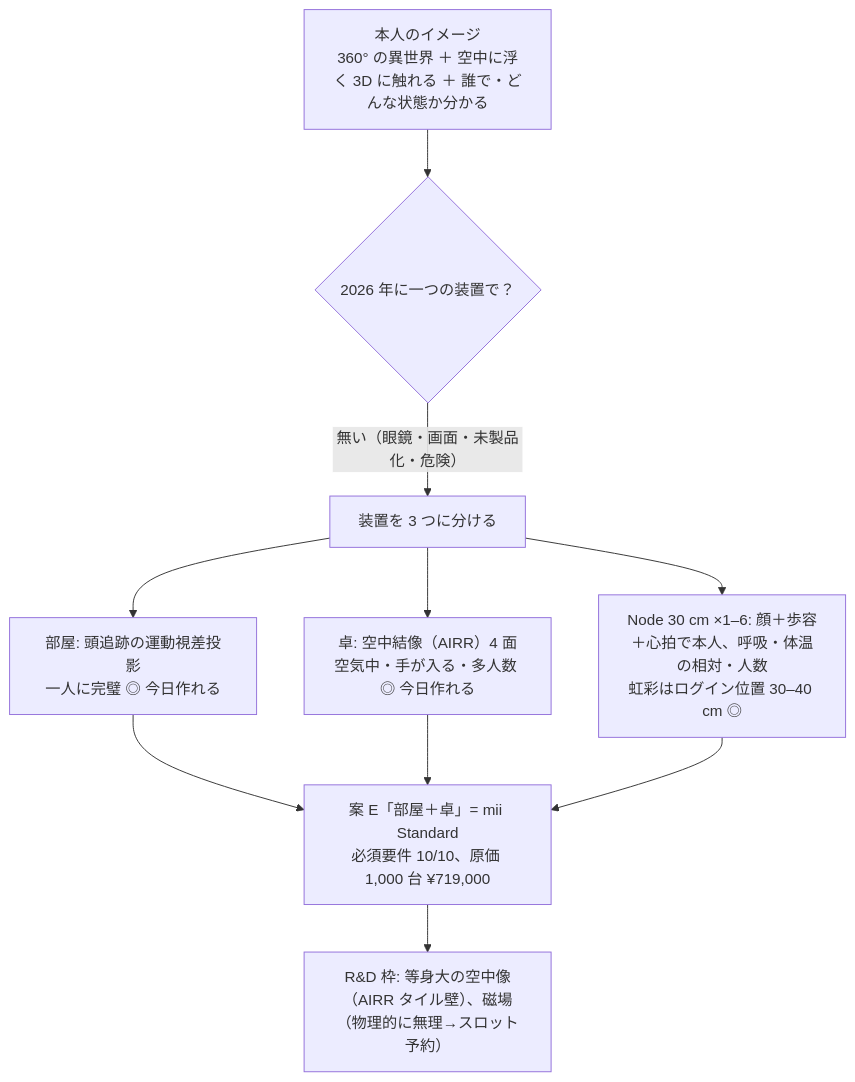
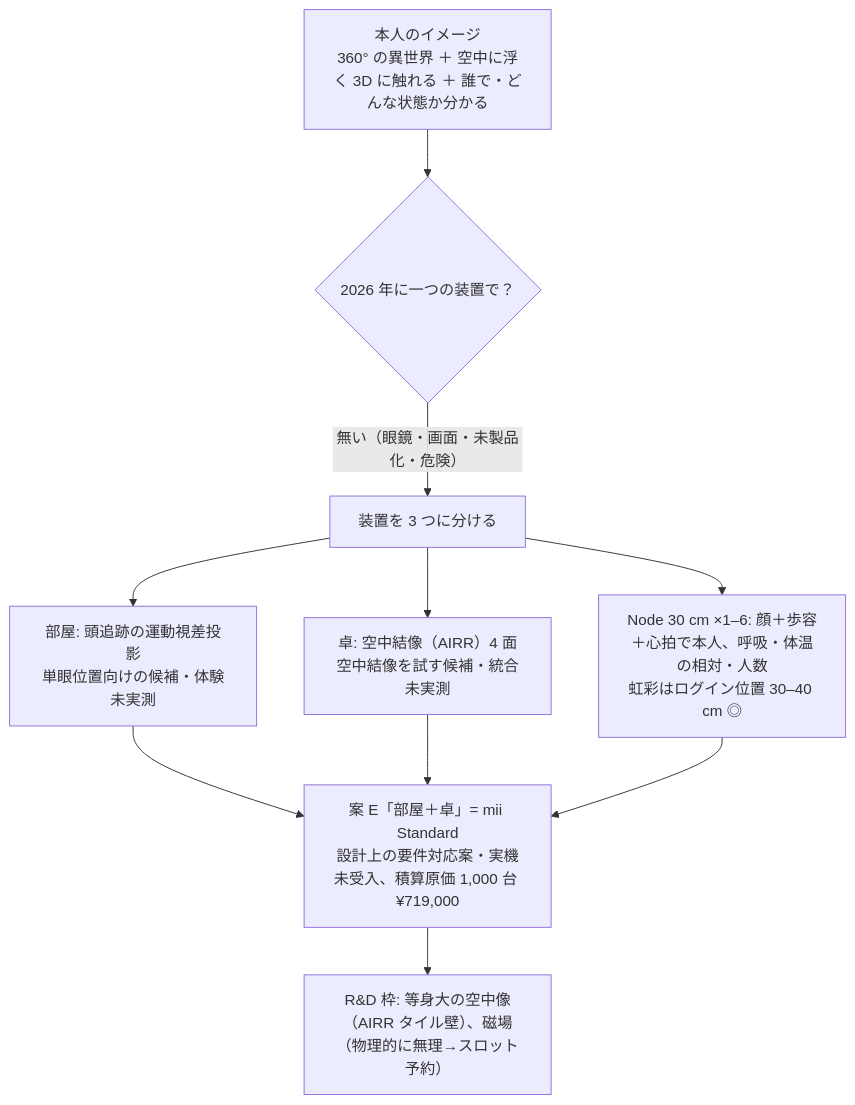
Before and after one commit to k999ln/rock: the diagram in docs/mii/design/v2-study/README.md, drawn with Mermaid. The commit also changed other lines of this file and 90 other files, not shown here.

````diff
--- a/docs/mii/design/v2-study/README.md
+++ b/docs/mii/design/v2-study/README.md
@@ -29,10 +31,10 @@
 ```mermaid
 flowchart TB
   Q[本人のイメージ<br/>360° の異世界 ＋ 空中に浮く 3D に触れる ＋ 誰で・どんな状態か分かる] --> S{2026 年に一つの装置で？}
   S -->|無い（眼鏡・画面・未製品化・危険）| D[装置を 3 つに分ける]
-  D --> R[部屋: 頭追跡の運動視差投影<br/>一人に完璧 ◎ 今日作れる]
-  D --> T[卓: 空中結像（AIRR）4 面<br/>空気中・手が入る・多人数 ◎ 今日作れる]
+  D --> R[部屋: 頭追跡の運動視差投影<br/>単眼位置向けの候補・体験未実測]
+  D --> T[卓: 空中結像（AIRR）4 面<br/>空中結像を試す候補・統合未実測]
   D --> N[Node 30 cm ×1–6: 顔＋歩容＋心拍で本人、呼吸・体温の相対・人数<br/>虹彩はログイン位置 30–40 cm ◎]
-  R & T & N --> E[案 E「部屋＋卓」= mii Standard<br/>必須要件 10/10、原価 1,000 台 ¥719,000]
+  R & T & N --> E[案 E「部屋＋卓」= mii Standard<br/>設計上の要件対応案・実機未受入、積算原価 1,000 台 ¥719,000]
   E --> X[R&D 枠: 等身大の空中像（AIRR タイル壁）、磁場（物理的に無理→スロット予約）]
 ```
````
